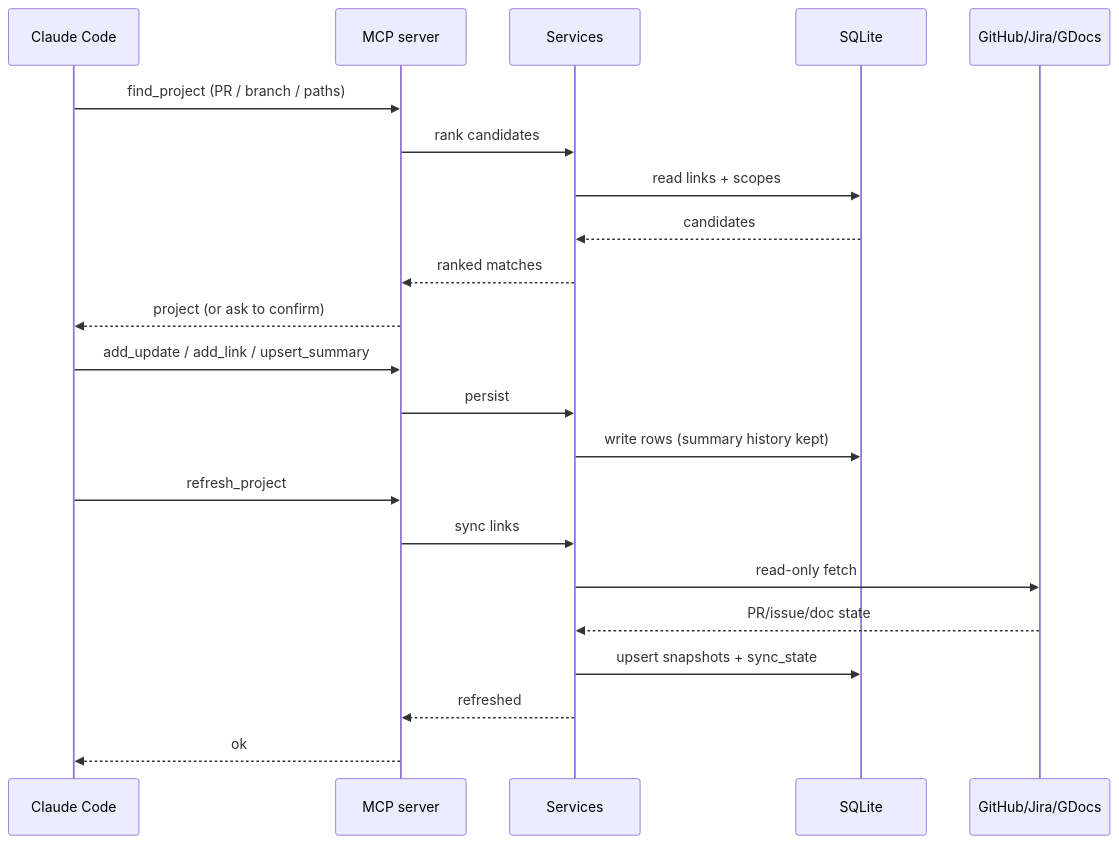
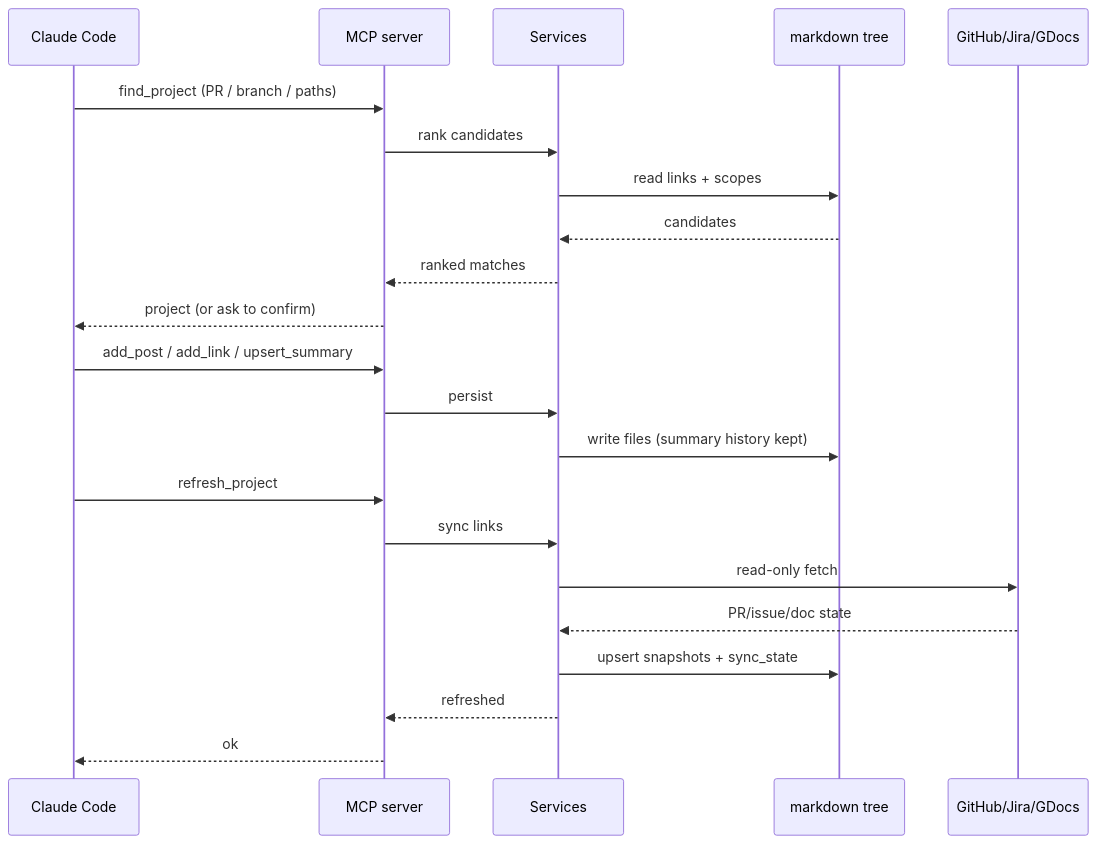
Before and after one commit to BenSuskins/workboard: the second of 2 diagrams in docs/ARCHITECTURE.md, drawn with Mermaid. The commit also changed other lines of this file and 5 other files, not shown here.

````diff
--- a/docs/ARCHITECTURE.md
+++ b/docs/ARCHITECTURE.md
@@ -66,24 +67,24 @@
 ```mermaid
 sequenceDiagram
     participant A as Claude Code
     participant M as MCP server
     participant S as Services
-    participant D as SQLite
+    participant D as markdown tree
     participant X as GitHub/Jira/GDocs
     A->>M: find_project (PR / branch / paths)
     M->>S: rank candidates
     S->>D: read links + scopes
     D-->>S: candidates
     S-->>M: ranked matches
     M-->>A: project (or ask to confirm)
-    A->>M: add_update / add_link / upsert_summary
+    A->>M: add_post / add_link / upsert_summary
     M->>S: persist
-    S->>D: write rows (summary history kept)
+    S->>D: write files (summary history kept)
     A->>M: refresh_project
     M->>S: sync links
     S->>X: read-only fetch
     X-->>S: PR/issue/doc state
     S->>D: upsert snapshots + sync_state
     S-->>M: refreshed
     M-->>A: ok
 ```
````
